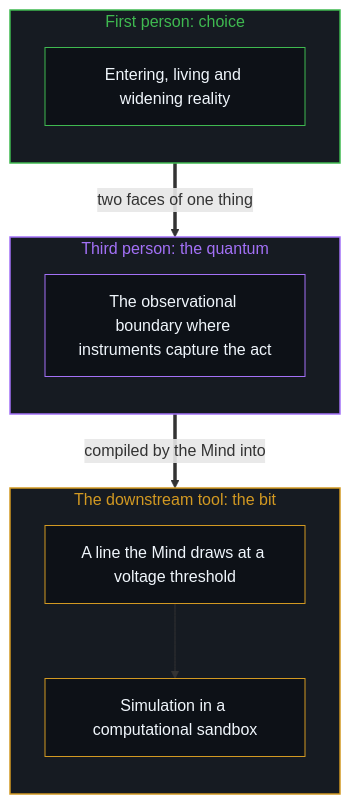
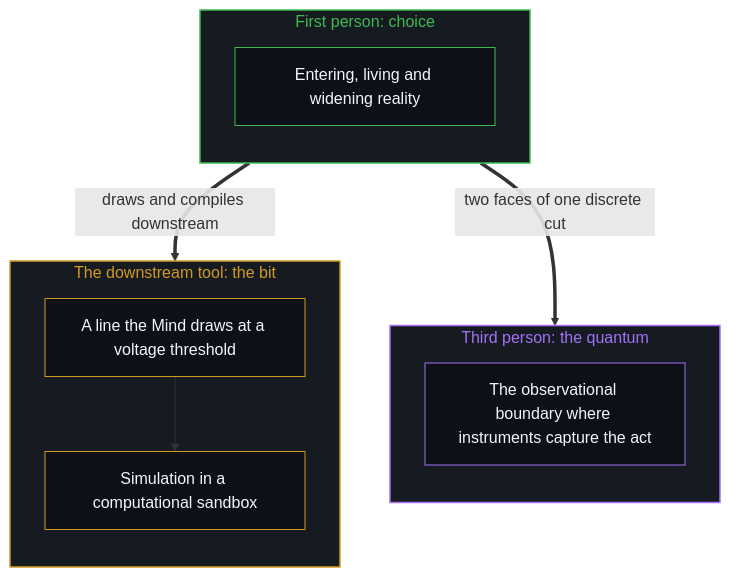
The second of 2 diagrams in content/posts/zi-you-bian-liang-de-tong-gou-yu-xian-yan-zhu-quan.md (powerpig99/not-a-toe), drawn with Mermaid before and after one commit. The commit also changed other lines of this file and 2 other files, not shown here.

````diff
--- a/content/posts/zi-you-bian-liang-de-tong-gou-yu-xian-yan-zhu-quan.md
+++ b/content/posts/zi-you-bian-liang-de-tong-gou-yu-xian-yan-zhu-quan.md
@@ -70,26 +70,26 @@
 ```mermaid
 flowchart TD
     subgraph S_Choice["First person: choice"]
         direction TB
         C1["Entering, living and widening reality"]
     end
     subgraph S_Quantum["Third person: the quantum"]
         direction TB
         Q1["The observational boundary where instruments capture the act"]
     end
     subgraph S_Bit["The downstream tool: the bit"]
         direction TB
         B1["A line the Mind draws at a voltage threshold"]
         B2["Simulation in a computational sandbox"]
     end
-    C1 ==>|"two faces of one thing"| Q1
-    Q1 ==>|"compiled by the Mind into"| B1
+    C1 ==>|"two faces of one discrete cut"| Q1
+    C1 ==>|"draws and compiles downstream"| B1
     B1 --> B2
     style S_Choice fill:#161b22,stroke:#3fb950,stroke-width:1.5px,color:#3fb950
     style S_Quantum fill:#161b22,stroke:#a371f7,stroke-width:1.5px,color:#a371f7
     style S_Bit fill:#161b22,stroke:#d29922,stroke-width:1.5px,color:#d29922
     style C1 fill:#0d1117,stroke:#3fb950,stroke-width:1px,color:#f0f6fc
     style Q1 fill:#0d1117,stroke:#a371f7,stroke-width:1px,color:#f0f6fc
     style B1 fill:#0d1117,stroke:#d29922,stroke-width:1px,color:#f0f6fc
     style B2 fill:#0d1117,stroke:#d29922,stroke-width:1px,color:#f0f6fc
 ```
````
